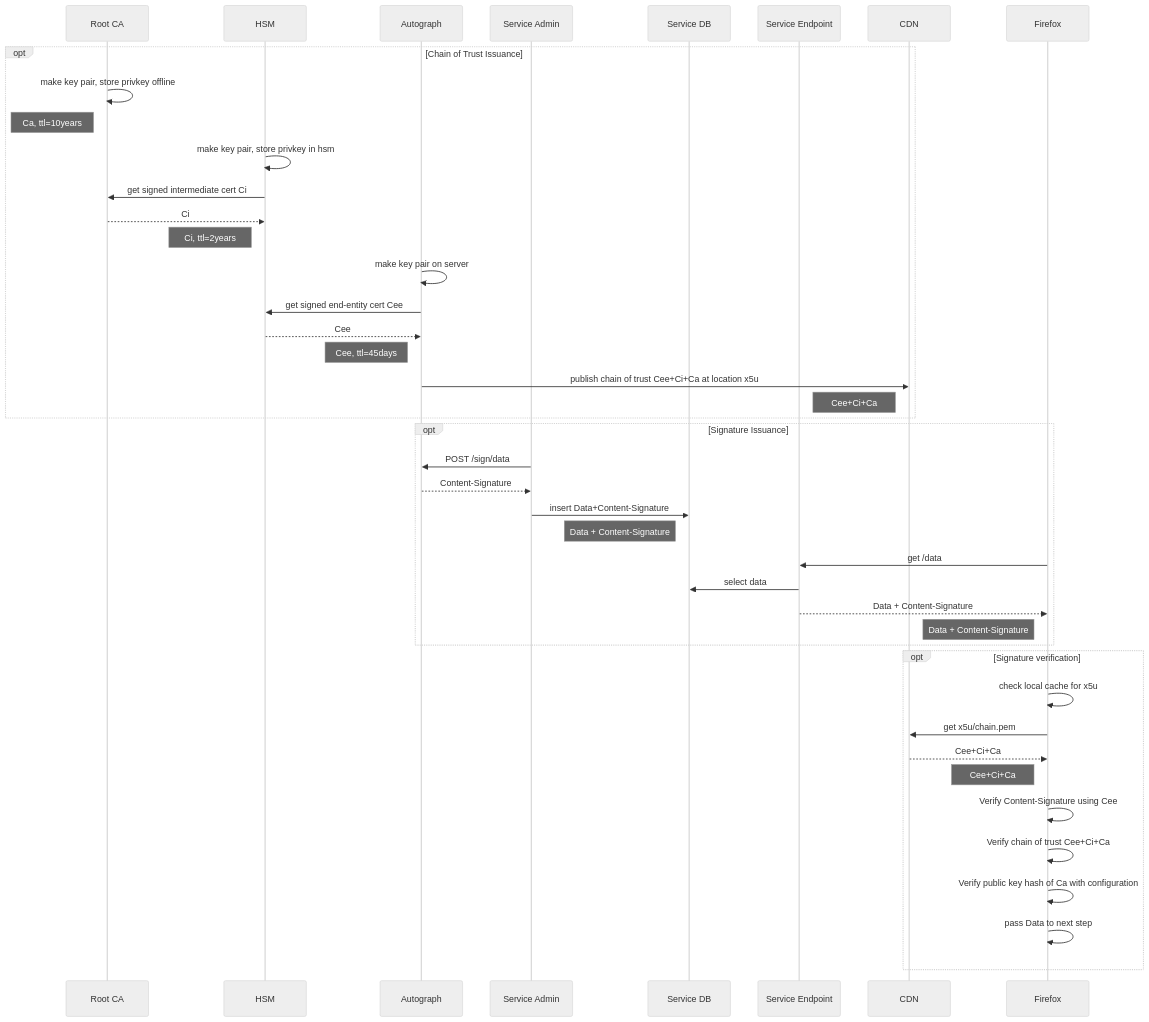
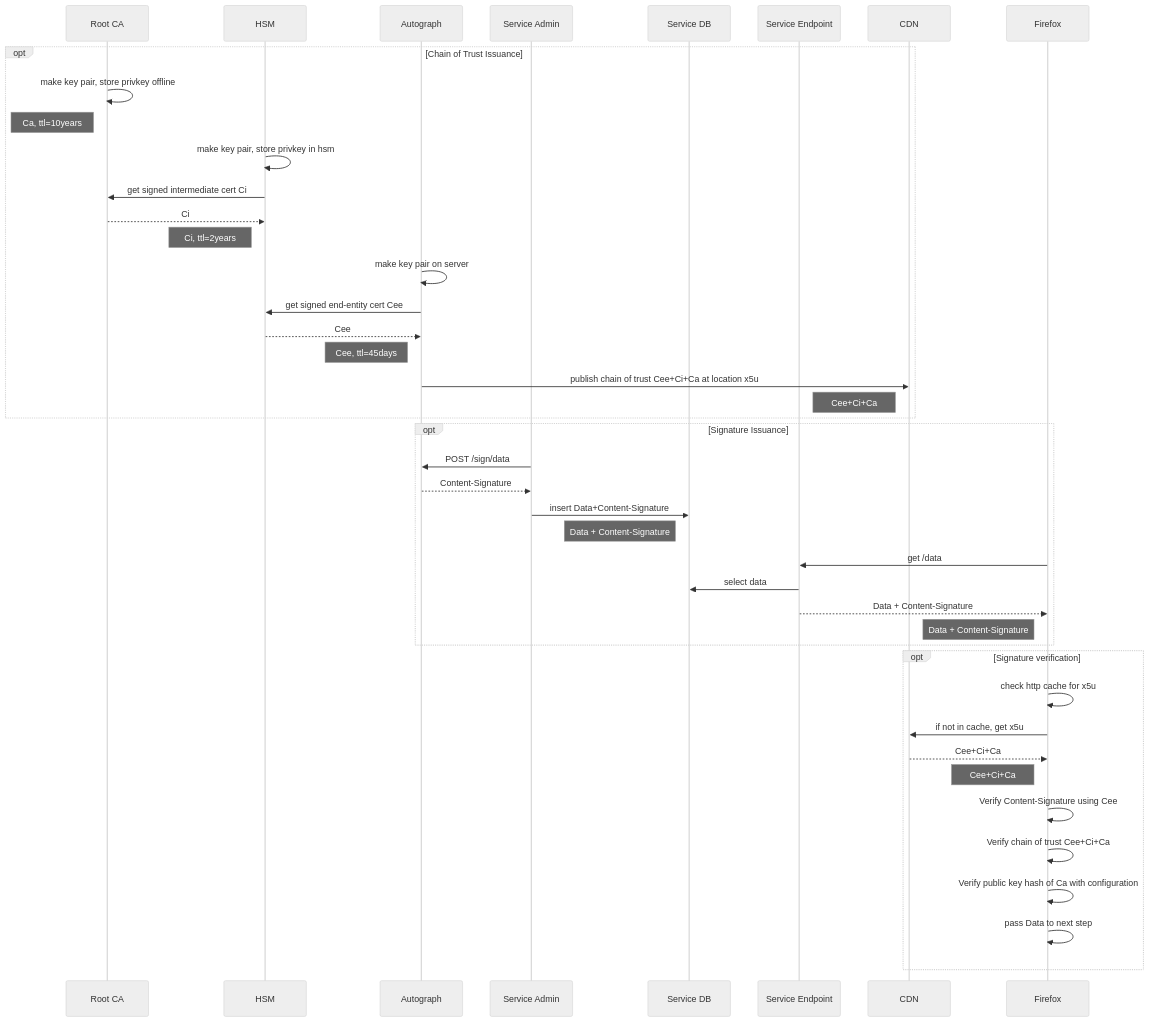
One commit to mozilla-services/autograph changed the diagram in docs/statics/ContentSignaturePKI.mermaid. Above: the diagram before and after it, drawn with Mermaid (neutral theme). The commit also changed 2 other files, not shown here.

Commit message:
Tweaks to sequence diagram

```diff
--- a/docs/statics/ContentSignaturePKI.mermaid
+++ b/docs/statics/ContentSignaturePKI.mermaid
@@ -1,50 +1,50 @@
 sequenceDiagram
 participant Root CA
 participant HSM
 participant Autograph
 participant Service Admin
 participant Service DB
 participant Service Endpoint
 participant CDN
 participant Firefox
 
 opt Chain of Trust Issuance
   Root CA->>Root CA: make key pair, store privkey offline
   note left of Root CA: Ca, ttl=10years
   
   HSM->>HSM: make key pair, store privkey in hsm
   HSM->>Root CA: get signed intermediate cert Ci
   Root CA-->>HSM: Ci
   note left of HSM: Ci, ttl=2years
 
   Autograph->>Autograph: make key pair on server
   Autograph->>HSM: get signed end-entity cert Cee
   HSM-->>Autograph: Cee
   note left of Autograph: Cee, ttl=45days
   
   Autograph->>CDN: publish chain of trust Cee+Ci+Ca at location x5u
   note left of CDN: Cee+Ci+Ca
 
 end
 
 opt Signature Issuance
   Service Admin->>Autograph: POST /sign/data
   Autograph-->>Service Admin: Content-Signature
   Service Admin->>Service DB: insert Data+Content-Signature
   note left of Service DB: Data + Content-Signature
   Firefox->>Service Endpoint: get /data
   Service Endpoint->>Service DB: select data
   Service Endpoint-->>Firefox: Data + Content-Signature
   note left of Firefox: Data + Content-Signature
 end
 
 opt Signature verification
-  Firefox->>Firefox: check local cache for x5u
-  Firefox->>CDN: get x5u/chain.pem
+  Firefox->>Firefox: check http cache for x5u
+  Firefox->>CDN: if not in cache, get x5u
   CDN-->>Firefox: Cee+Ci+Ca
   note left of Firefox: Cee+Ci+Ca
   Firefox->>Firefox: Verify Content-Signature using Cee
   Firefox->>Firefox: Verify chain of trust Cee+Ci+Ca
   Firefox->>Firefox: Verify public key hash of Ca with configuration
   Firefox->>Firefox: pass Data to next step
 end
```
